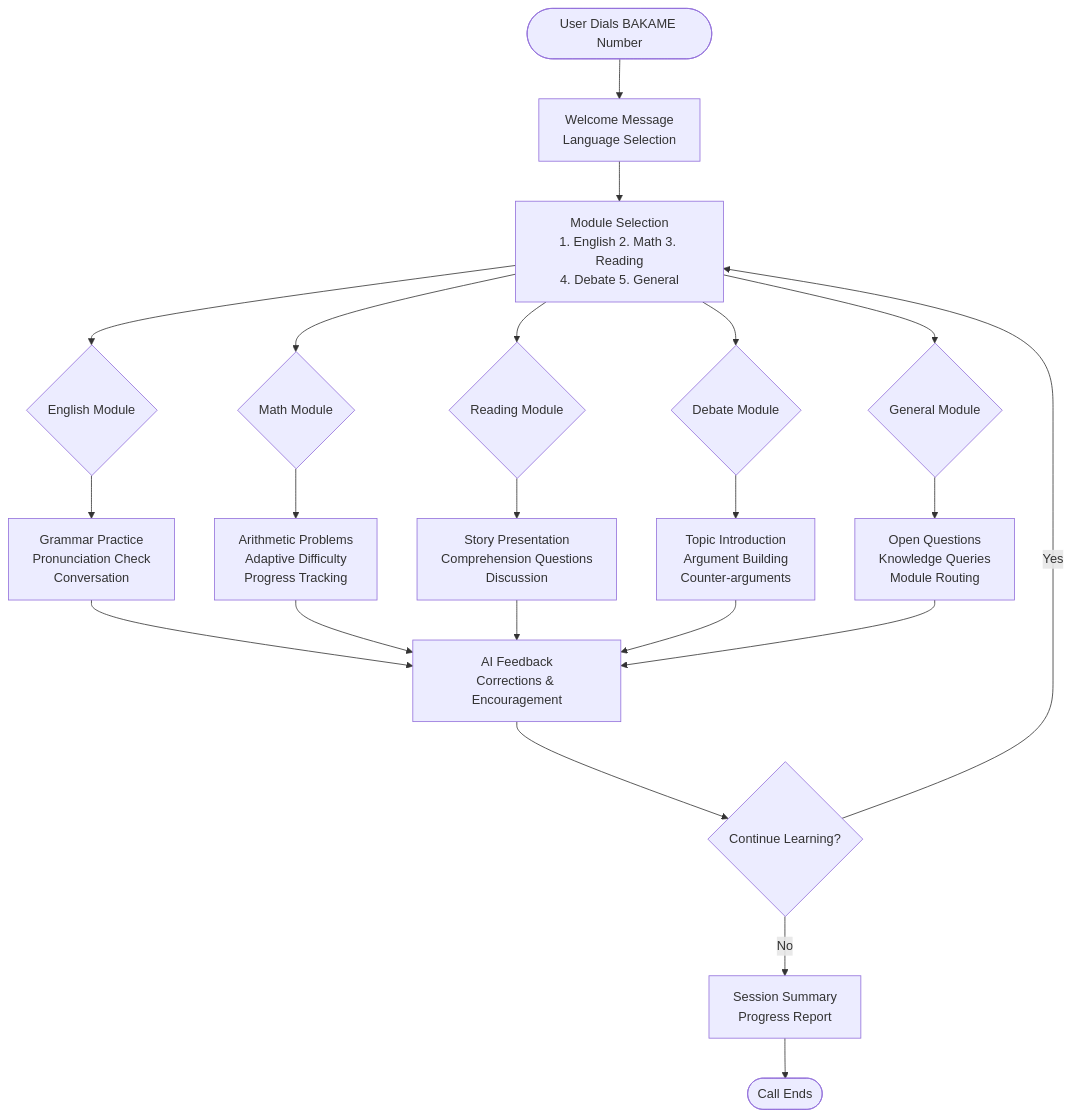
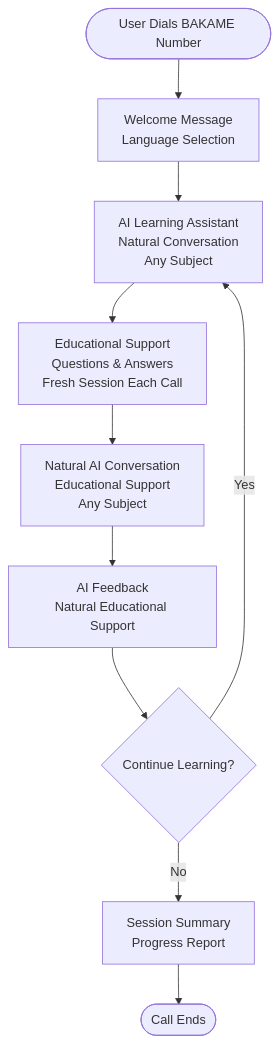
The first of 4 diagrams in docs/user_flow_diagrams.md (bakameai/mvp), drawn with Mermaid before and after one commit. The commit also changed other lines of this file and 16 other files, not shown here.

First line of the commit message:
Complete GPT-only simplification: remove all learning modules and session persistence

````diff
--- a/docs/user_flow_diagrams.md
+++ b/docs/user_flow_diagrams.md
@@ -5,28 +5,15 @@
 ```mermaid
 flowchart TD
     Start([User Dials BAKAME Number]) --> Welcome[Welcome Message<br/>Language Selection]
-    Welcome --> ModuleSelect[Module Selection<br/>1. English 2. Math 3. Reading<br/>4. Debate 5. General]
+    Welcome --> AIAssistant[AI Learning Assistant<br/>Natural Conversation<br/>Any Subject]
     
-    ModuleSelect --> English{English Module}
-    ModuleSelect --> Math{Math Module}
-    ModuleSelect --> Reading{Reading Module}
-    ModuleSelect --> Debate{Debate Module}
-    ModuleSelect --> General{General Module}
+    AIAssistant --> Learning[Educational Support<br/>Questions & Answers<br/>Fresh Session Each Call]
+    Learning --> ConversationFlow[Natural AI Conversation<br/>Educational Support<br/>Any Subject]
     
-    English --> EnglishFlow[Grammar Practice<br/>Pronunciation Check<br/>Conversation]
-    Math --> MathFlow[Arithmetic Problems<br/>Adaptive Difficulty<br/>Progress Tracking]
-    Reading --> ReadingFlow[Story Presentation<br/>Comprehension Questions<br/>Discussion]
-    Debate --> DebateFlow[Topic Introduction<br/>Argument Building<br/>Counter-arguments]
-    General --> GeneralFlow[Open Questions<br/>Knowledge Queries<br/>Module Routing]
-    
-    EnglishFlow --> Feedback[AI Feedback<br/>Corrections & Encouragement]
-    MathFlow --> Feedback
-    ReadingFlow --> Feedback
-    DebateFlow --> Feedback
-    GeneralFlow --> Feedback
+    ConversationFlow --> Feedback[AI Feedback<br/>Natural Educational Support]
     
     Feedback --> Continue{Continue Learning?}
-    Continue -->|Yes| ModuleSelect
+    Continue -->|Yes| AIAssistant
     Continue -->|No| Summary[Session Summary<br/>Progress Report]
     Summary --> End([Call Ends])
 ```
````
